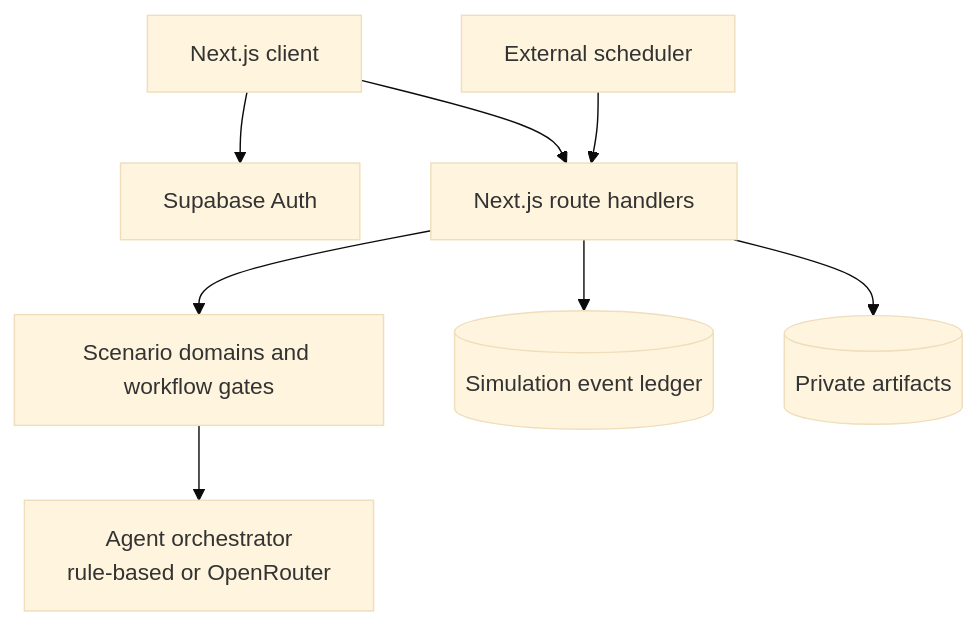
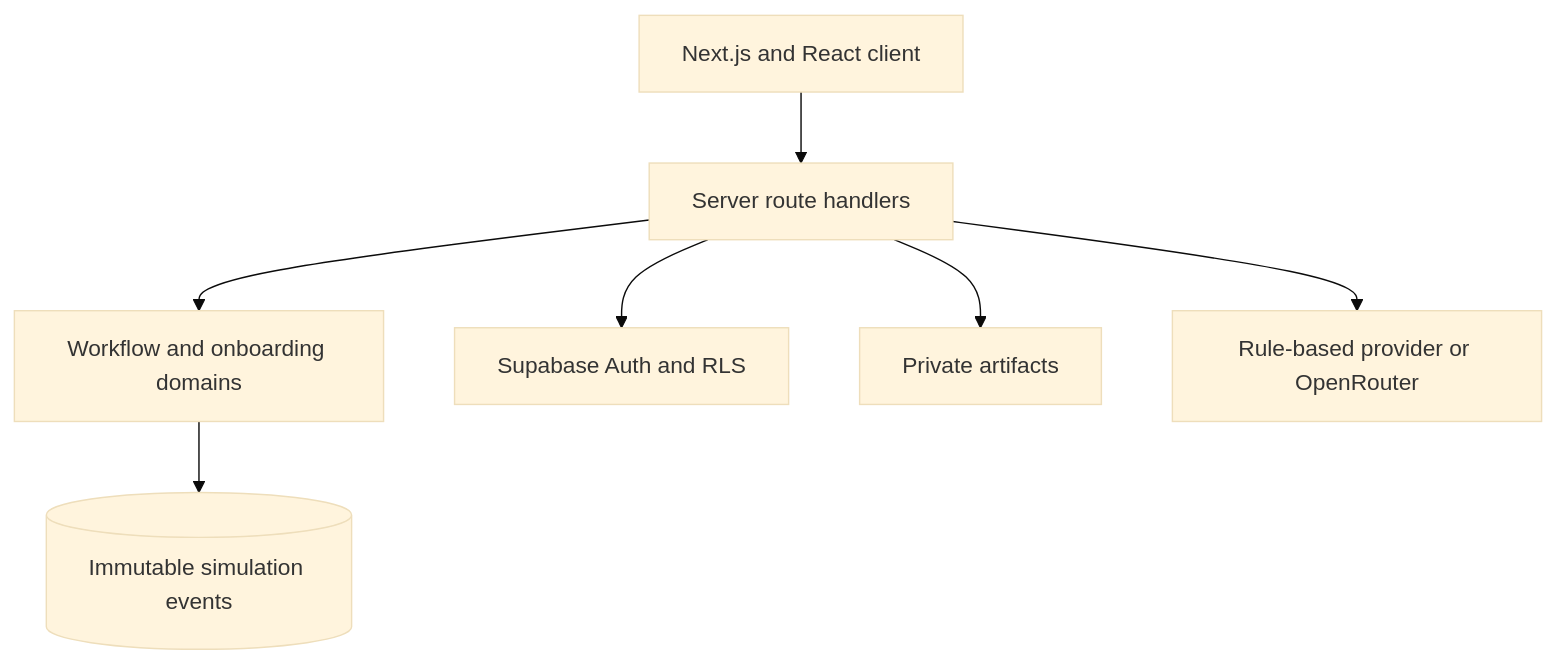
The second of 2 diagrams in README.md (abhicsng007/AIWEX), drawn with Mermaid (base theme) before and after one commit. The commit also changed other lines of this file and 3 other files, not shown here.

````diff
--- a/README.md
+++ b/README.md
@@ -185,19 +140,17 @@
-```mermaid
+~~~mermaid
 flowchart TB
-  Browser[Next.js client]
-  Auth[Supabase Auth]
-  Routes[Next.js route handlers]
-  Domain[Scenario domains and workflow gates]
-  Agents[Agent orchestrator\nrule-based or OpenRouter]
-  Events[(Simulation event ledger)]
-  Storage[(Private artifacts)]
-  Scheduler[External scheduler]
+  Client[Next.js and React client]
+  Routes[Server route handlers]
+  Domain[Workflow and onboarding domains]
+  Ledger[(Immutable simulation events)]
+  Auth[Supabase Auth and RLS]
+  Storage[Private artifacts]
+  Agents[Rule-based provider or OpenRouter]
 
-  Browser --> Auth
-  Browser --> Routes
+  Client --> Routes
   Routes --> Domain
-  Domain --> Agents
-  Routes --> Events
+  Domain --> Ledger
+  Routes --> Auth
   Routes --> Storage
-  Scheduler --> Routes
-```
+  Routes --> Agents
+~~~
````
